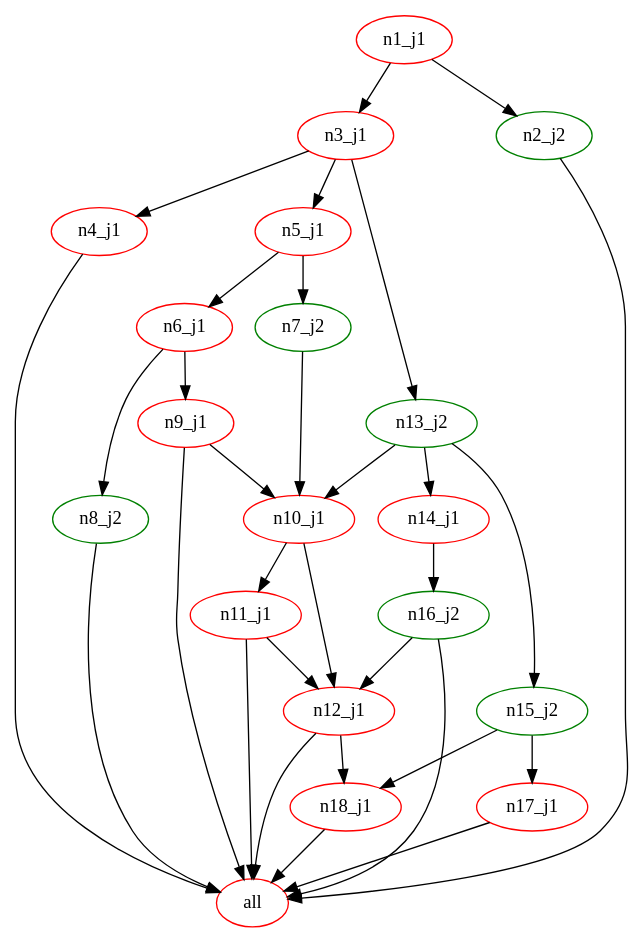
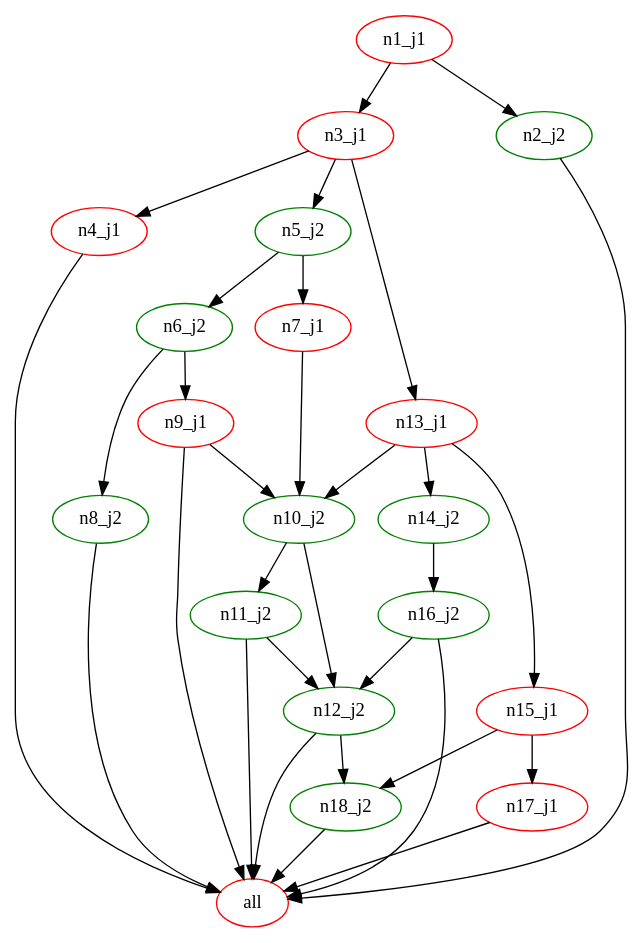
The diagram in make_d_j2.dot (zxr-creator/make_test_demo), drawn with Graphviz before and after one commit. The commit also changed 7 other files, not shown here.

Commit message:
create parallel sequence

```diff
--- a/make_d_j2.dot
+++ b/make_d_j2.dot
@@ -1,52 +1,52 @@
 digraph G {
 n2[label="all", color="red"];
 n5[label="n1_j1", color="red"];
-n12[label="n10_j1", color="red"];
-n11[label="n11_j1", color="red"];
-n15[label="n12_j1", color="red"];
-n14[label="n13_j2", color="green"];
-n17[label="n14_j1", color="red"];
-n19[label="n15_j2", color="green"];
+n12[label="n10_j2", color="green"];
+n11[label="n11_j2", color="green"];
+n15[label="n12_j2", color="green"];
+n14[label="n13_j1", color="red"];
+n17[label="n14_j2", color="green"];
+n19[label="n15_j1", color="red"];
 n16[label="n16_j2", color="green"];
 n18[label="n17_j1", color="red"];
-n20[label="n18_j1", color="red"];
+n20[label="n18_j2", color="green"];
 n6[label="n2_j2", color="green"];
 n4[label="n3_j1", color="red"];
 n3[label="n4_j1", color="red"];
-n9[label="n5_j1", color="red"];
-n8[label="n6_j1", color="red"];
-n13[label="n7_j2", color="green"];
+n9[label="n5_j2", color="green"];
+n8[label="n6_j2", color="green"];
+n13[label="n7_j1", color="red"];
 n7[label="n8_j2", color="green"];
 n10[label="n9_j1", color="red"];
 n11 -> n2 ; 
 n15 -> n2 ; 
 n16 -> n2 ; 
 n18 -> n2 ; 
 n20 -> n2 ; 
 n6 -> n2 ; 
 n3 -> n2 ; 
 n7 -> n2 ; 
 n10 -> n2 ; 
 n14 -> n12 ; 
 n13 -> n12 ; 
 n10 -> n12 ; 
 n12 -> n11 ; 
 n12 -> n15 ; 
 n11 -> n15 ; 
 n16 -> n15 ; 
 n4 -> n14 ; 
 n14 -> n17 ; 
 n14 -> n19 ; 
 n17 -> n16 ; 
 n19 -> n18 ; 
 n15 -> n20 ; 
 n19 -> n20 ; 
 n5 -> n6 ; 
 n5 -> n4 ; 
 n4 -> n3 ; 
 n4 -> n9 ; 
 n9 -> n8 ; 
 n9 -> n13 ; 
 n8 -> n7 ; 
 n8 -> n10 ; 
 }
```
